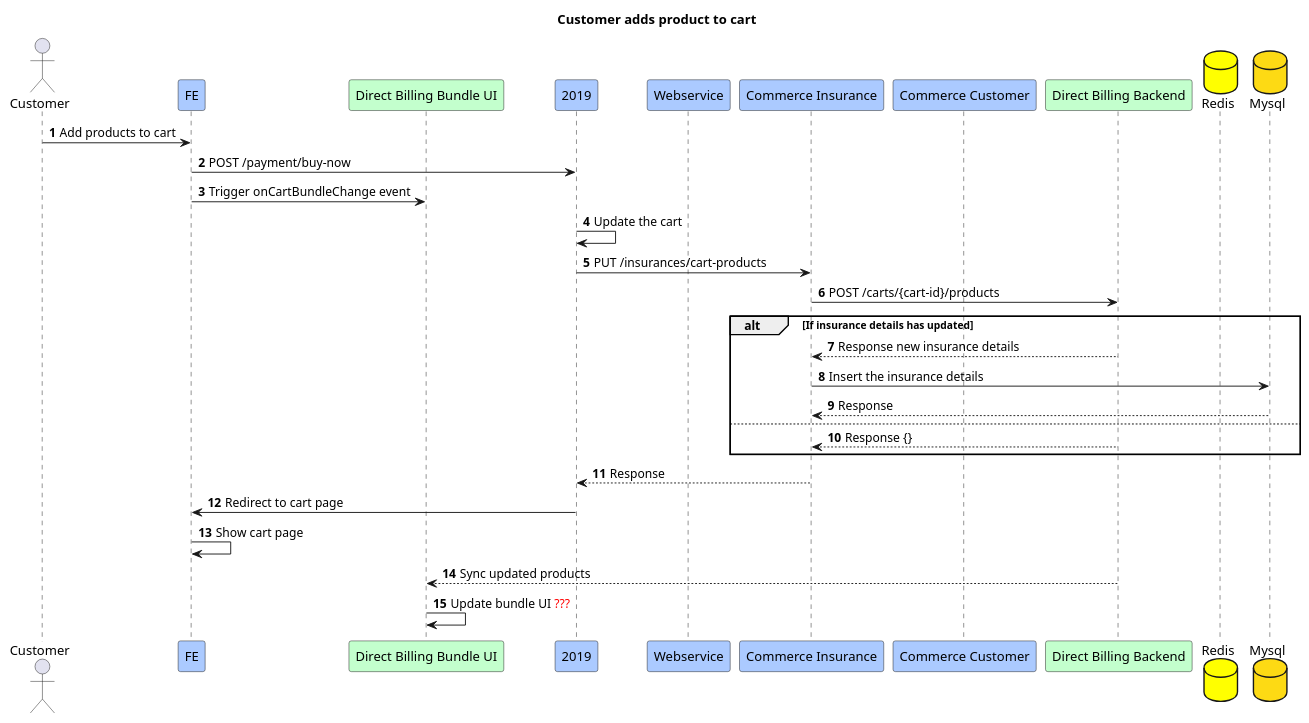
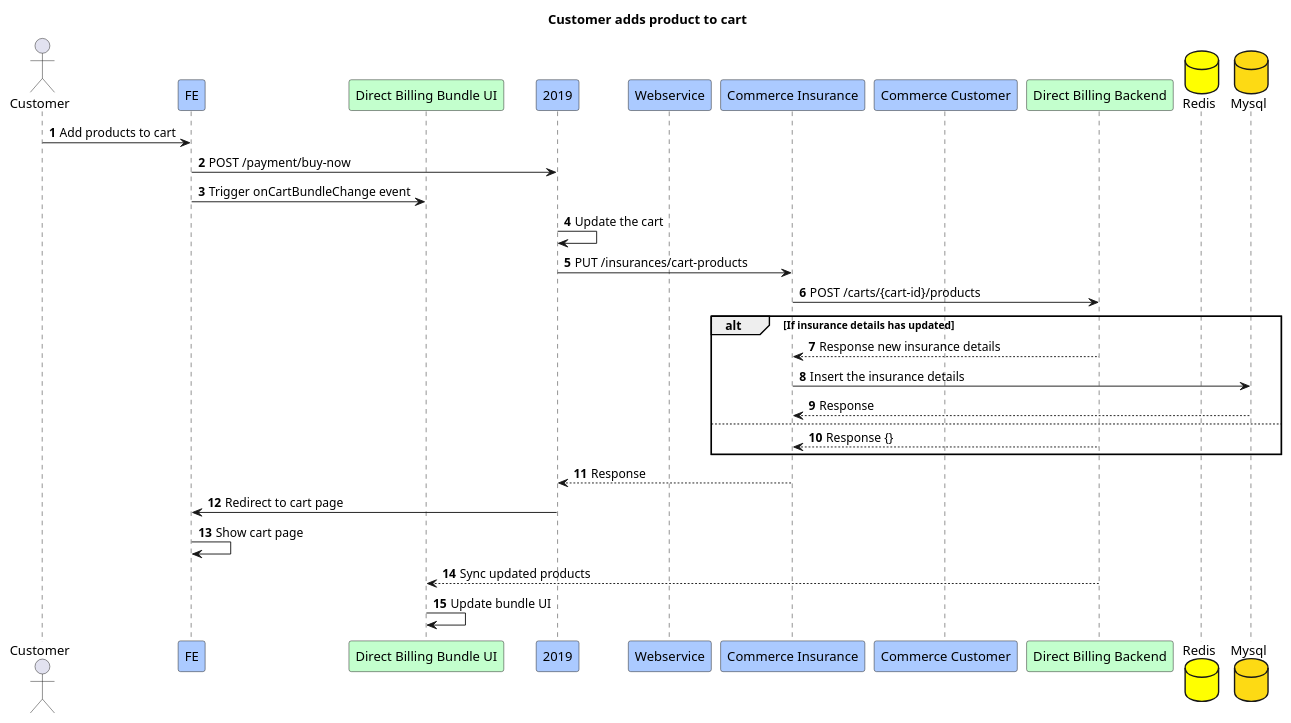
One commit to Jayounger/EyeMed-Sequence-Diagram changed the diagram in 4.Customer adds product to cart.puml. Above: the diagram before and after it, drawn with PlantUML. The commit also changed 2 other files, not shown here.

Commit message:
rm red highlight

```diff
--- a/4.Customer adds product to cart.puml
+++ b/4.Customer adds product to cart.puml
@@ -1,34 +1,34 @@
 @startuml
 title Customer adds product to cart
 actor Customer
 participant FE #abcaff
 participant "Direct Billing Bundle UI" #c3ffcd
 participant "2019" #abcaff
 participant "Webservice" #abcaff
 participant "Commerce Insurance" #abcaff
 participant "Commerce Customer" #abcaff
 participant "Direct Billing Backend" #c3ffcd
 database "Redis" #yellow
 database "Mysql" #fdda14
 
 autonumber
 Customer -> FE:Add products to cart
 FE -> 2019:POST /payment/buy-now
 FE -> "Direct Billing Bundle UI":Trigger onCartBundleChange event
 2019 -> 2019:Update the cart
 2019 -> "Commerce Insurance":PUT /insurances/cart-products
 "Commerce Insurance" -> "Direct Billing Backend":POST /carts/{cart-id}/products
 alt If insurance details has updated
     "Direct Billing Backend" --> "Commerce Insurance":Response new insurance details
     "Commerce Insurance" -> "Mysql":Insert the insurance details
     "Mysql" --> "Commerce Insurance":Response
 else 
     "Direct Billing Backend" --> "Commerce Insurance":Response {}
 end
 "Commerce Insurance" --> 2019:Response
 "2019" -> FE:Redirect to cart page
 FE -> FE:Show cart page
 "Direct Billing Backend" --> "Direct Billing Bundle UI":Sync updated products
-"Direct Billing Bundle UI" -> "Direct Billing Bundle UI":Update bundle UI <font color=red>???
+"Direct Billing Bundle UI" -> "Direct Billing Bundle UI":Update bundle UI
 
 @enduml
```
